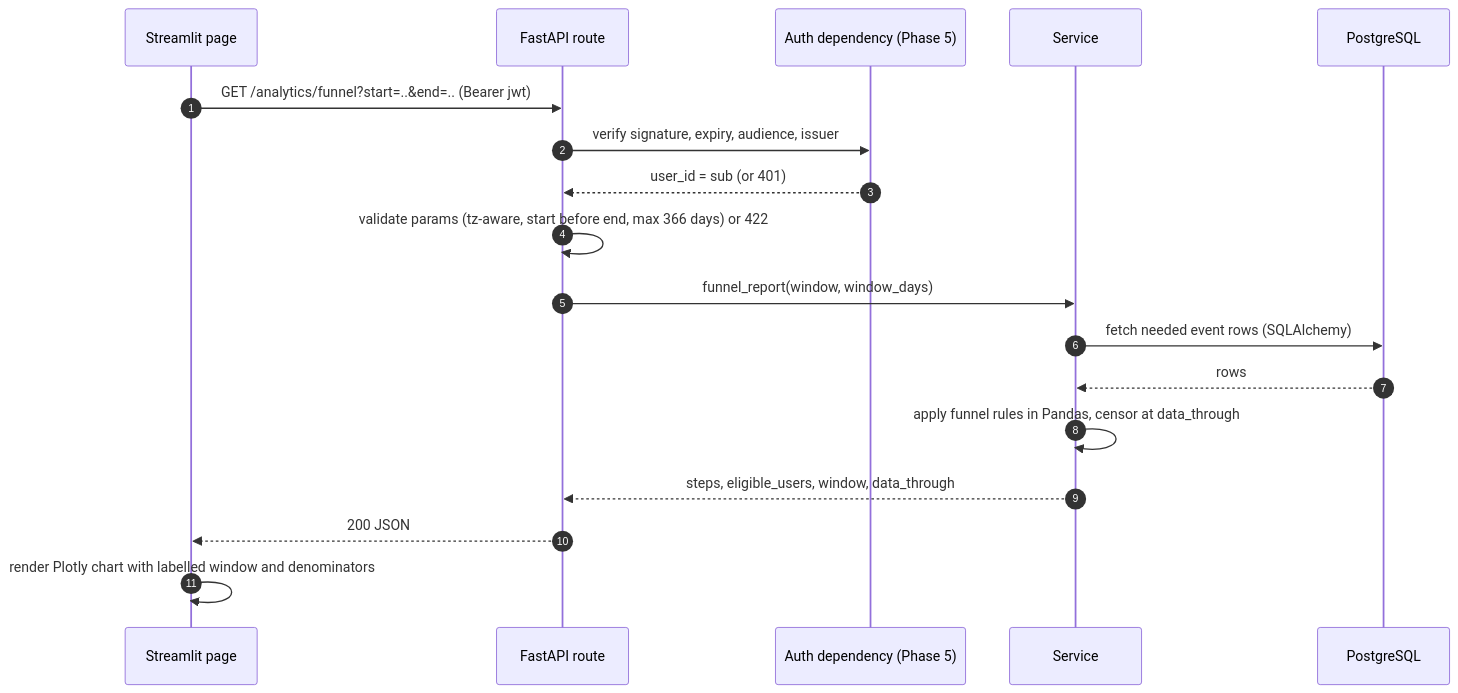
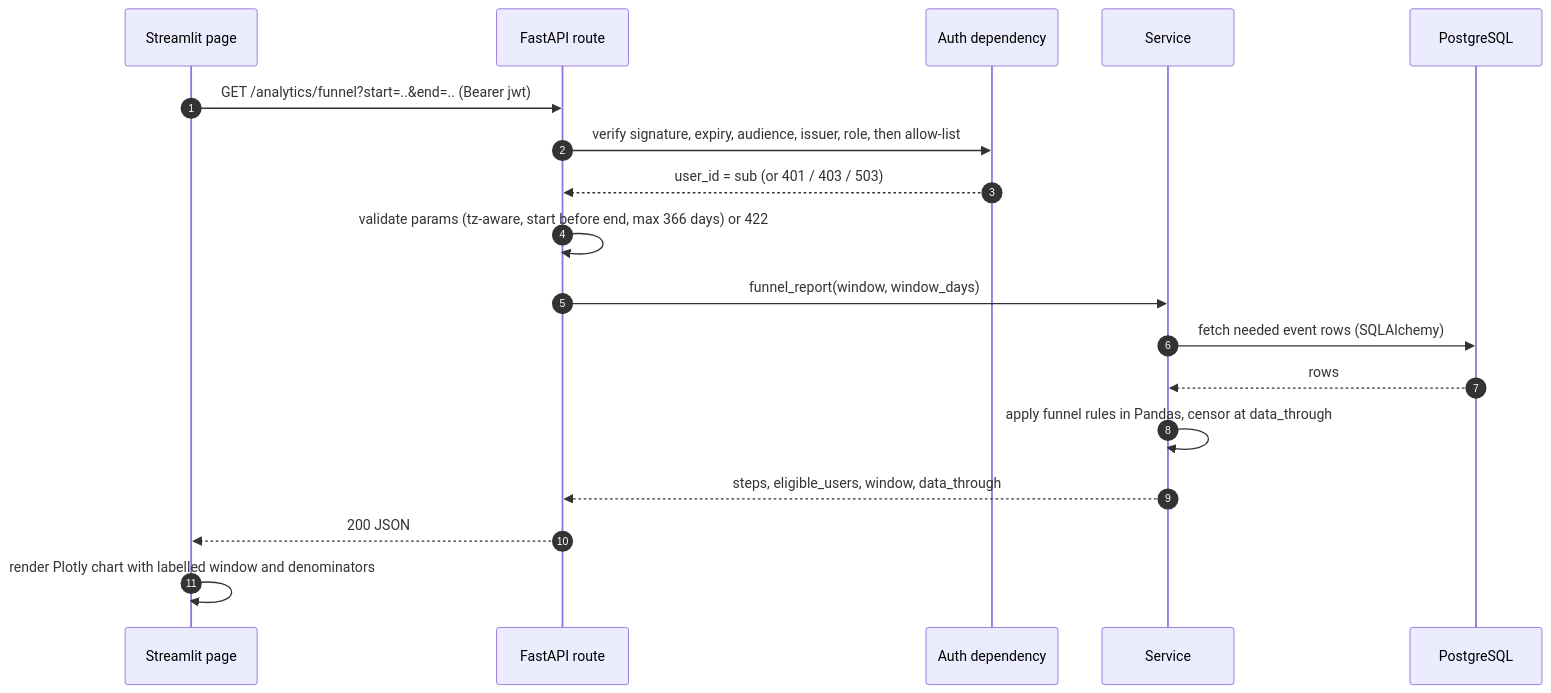
Before and after one commit to yashdiwan12/Churnscope: the second of 5 diagrams in docs/04-request-flows.md, drawn with Mermaid. The commit also changed other lines of this file and 19 other files, not shown here.

````diff
--- a/docs/04-request-flows.md
+++ b/docs/04-request-flows.md
@@ -29,20 +32,20 @@
 ```mermaid
 sequenceDiagram
     autonumber
     participant S as Streamlit page
     participant R as FastAPI route
-    participant V as Auth dependency (Phase 5)
+    participant V as Auth dependency
     participant SV as Service
     participant DB as PostgreSQL
     S->>R: GET /analytics/funnel?start=..&end=.. (Bearer jwt)
-    R->>V: verify signature, expiry, audience, issuer
-    V-->>R: user_id = sub (or 401)
+    R->>V: verify signature, expiry, audience, issuer, role, then allow-list
+    V-->>R: user_id = sub (or 401 / 403 / 503)
     R->>R: validate params (tz-aware, start before end, max 366 days) or 422
     R->>SV: funnel_report(window, window_days)
     SV->>DB: fetch needed event rows (SQLAlchemy)
     DB-->>SV: rows
     SV->>SV: apply funnel rules in Pandas, censor at data_through
     SV-->>R: steps, eligible_users, window, data_through
     R-->>S: 200 JSON
     S->>S: render Plotly chart with labelled window and denominators
 ```
````
